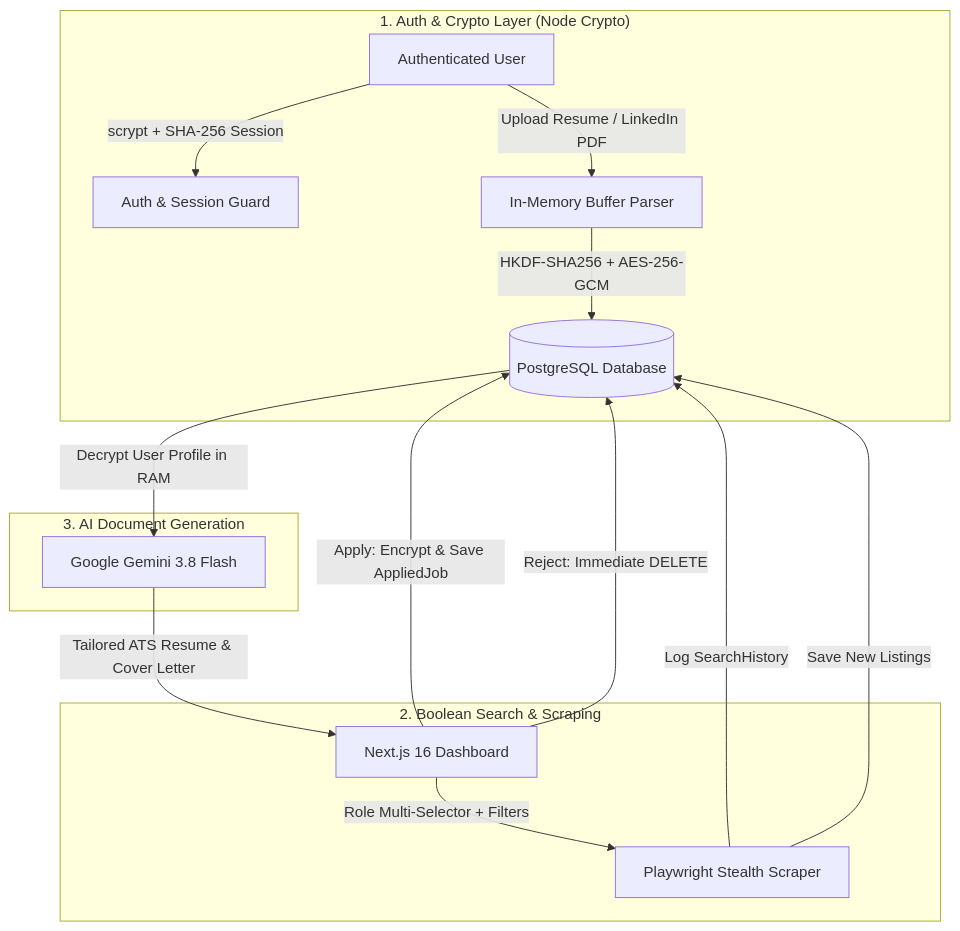
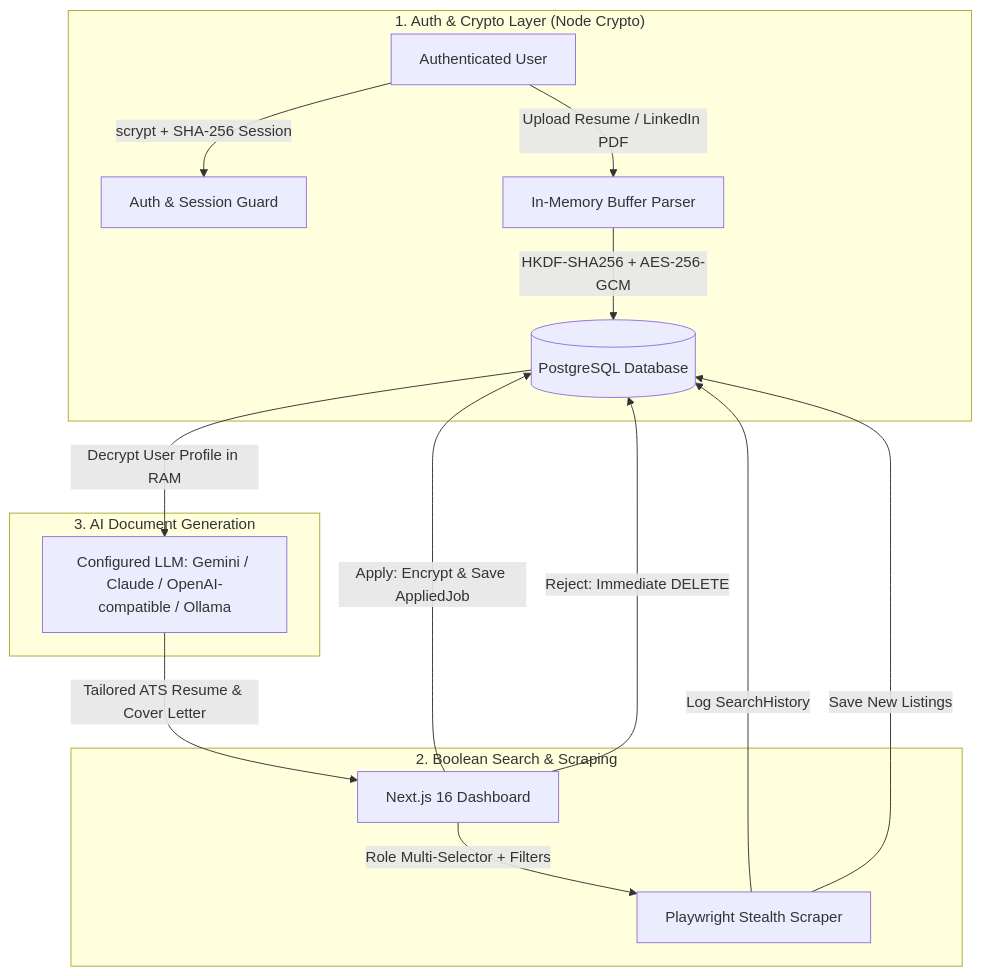
The diagram in README.md (AlanLenz/jobApplicationCopilot), drawn with Mermaid before and after one commit. The commit also changed other lines of this file and 6 other files, not shown here.

````diff
--- a/README.md
+++ b/README.md
@@ -66,21 +71,21 @@
 ```mermaid
 flowchart TD
     subgraph AuthSecurity["1. Auth & Crypto Layer (Node Crypto)"]
         U[Authenticated User] -->|scrypt + SHA-256 Session| AUTH[Auth & Session Guard]
         U -->|Upload Resume / LinkedIn PDF| MEM[In-Memory Buffer Parser]
         MEM -->|HKDF-SHA256 + AES-256-GCM| DB[(PostgreSQL Database)]
     end
 
     subgraph Scraping["2. Boolean Search & Scraping"]
         UI[Next.js 16 Dashboard] -->|Role Multi-Selector + Filters| S[Playwright Stealth Scraper]
         S -->|Log SearchHistory| DB
         S -->|Save New Listings| DB
     end
 
     subgraph Generation["3. AI Document Generation"]
-        DB -->|Decrypt User Profile in RAM| AI[Google Gemini 3.8 Flash]
+        DB -->|Decrypt User Profile in RAM| AI[Configured LLM: Gemini / Claude / OpenAI-compatible / Ollama]
         AI -->|Tailored ATS Resume & Cover Letter| UI
         UI -->|Apply: Encrypt & Save AppliedJob| DB
         UI -->|Reject: Immediate DELETE| DB
     end
 ```
````
